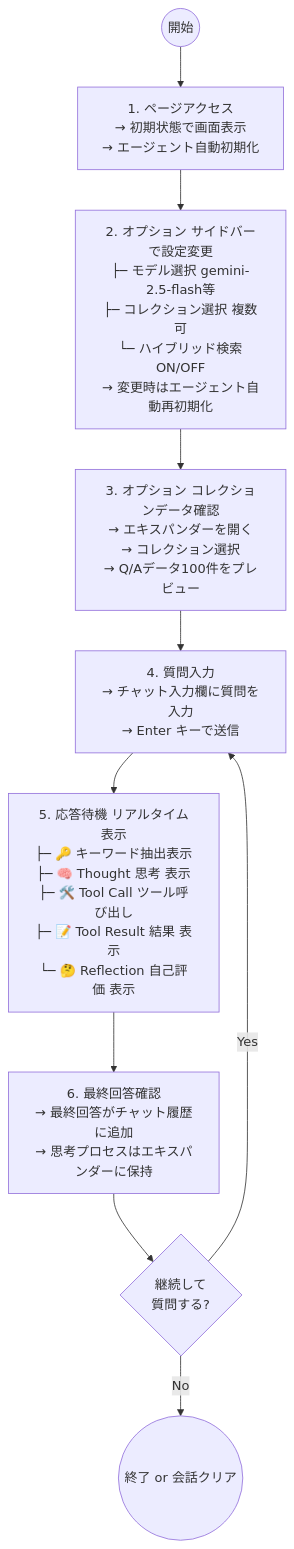
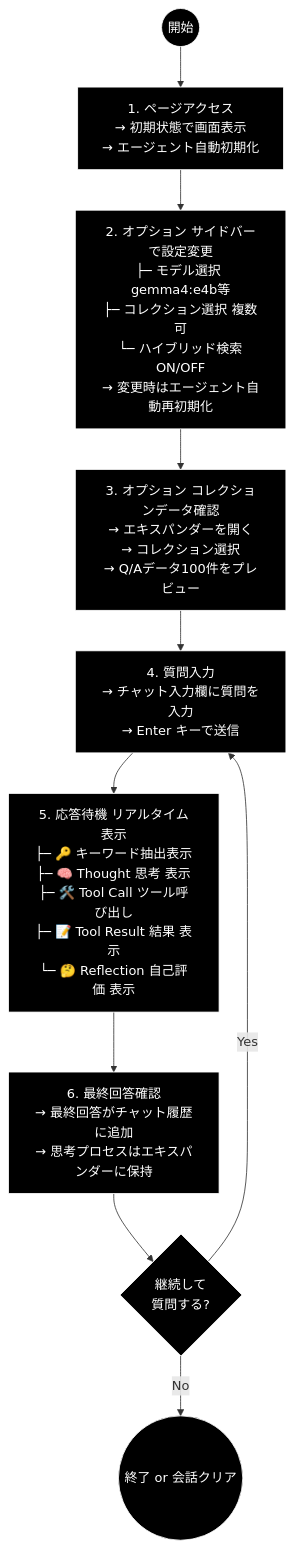
The fourth of 7 diagrams in ui/doc/agent_chat_page.md (nakashima2toshio/ollama_grace_agent_v2), drawn with Mermaid before and after one commit. The commit also changed other lines of this file and 10 other files, not shown here.

````diff
--- a/ui/doc/agent_chat_page.md
+++ b/ui/doc/agent_chat_page.md
@@ -330,24 +354,27 @@
 ```mermaid
 flowchart TB
     START((開始))
 
     STEP1["1. ページアクセス<br/>→ 初期状態で画面表示<br/>→ エージェント自動初期化"]
 
-    STEP2["2. オプション サイドバーで設定変更<br/>├─ モデル選択 gemini-2.5-flash等<br/>├─ コレクション選択 複数可<br/>└─ ハイブリッド検索ON/OFF<br/>→ 変更時はエージェント自動再初期化"]
+    STEP2["2. オプション サイドバーで設定変更<br/>├─ モデル選択 gemma4:e4b等<br/>├─ コレクション選択 複数可<br/>└─ ハイブリッド検索ON/OFF<br/>→ 変更時はエージェント自動再初期化"]
 
     STEP3["3. オプション コレクションデータ確認<br/>→ エキスパンダーを開く<br/>→ コレクション選択<br/>→ Q/Aデータ100件をプレビュー"]
 
     STEP4["4. 質問入力<br/>→ チャット入力欄に質問を入力<br/>→ Enter キーで送信"]
 
     STEP5["5. 応答待機 リアルタイム表示<br/>├─ 🔑 キーワード抽出表示<br/>├─ 🧠 Thought 思考 表示<br/>├─ 🛠️ Tool Call ツール呼び出し<br/>├─ 📝 Tool Result 結果 表示<br/>└─ 🤔 Reflection 自己評価 表示"]
 
     STEP6["6. 最終回答確認<br/>→ 最終回答がチャット履歴に追加<br/>→ 思考プロセスはエキスパンダーに保持"]
 
     DECISION{継続して<br/>質問する?}
 
     END_OR_CLEAR((終了 or 会話クリア))
 
     START --> STEP1 --> STEP2 --> STEP3 --> STEP4 --> STEP5 --> STEP6 --> DECISION
     DECISION -->|Yes| STEP4
     DECISION -->|No| END_OR_CLEAR
+classDef default fill:#000,stroke:#fff,color:#fff
+classDef subgraphStyle fill:#1a1a1a,stroke:#fff,color:#fff
+class START,STEP1,STEP2,STEP3,STEP4,STEP5,STEP6,DECISION,END_OR_CLEAR default
 ```
````
